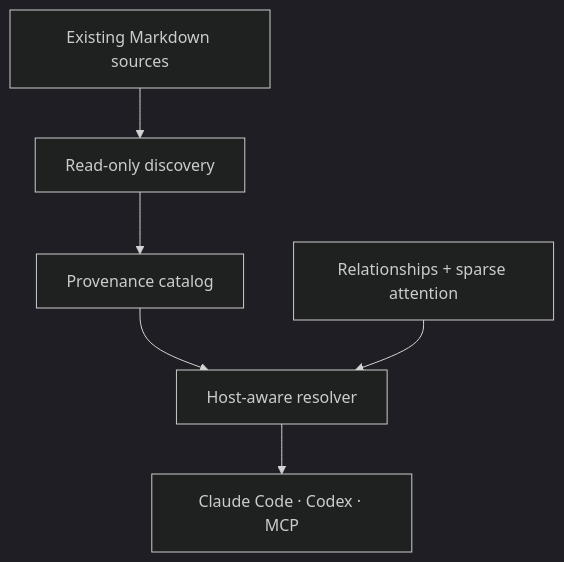
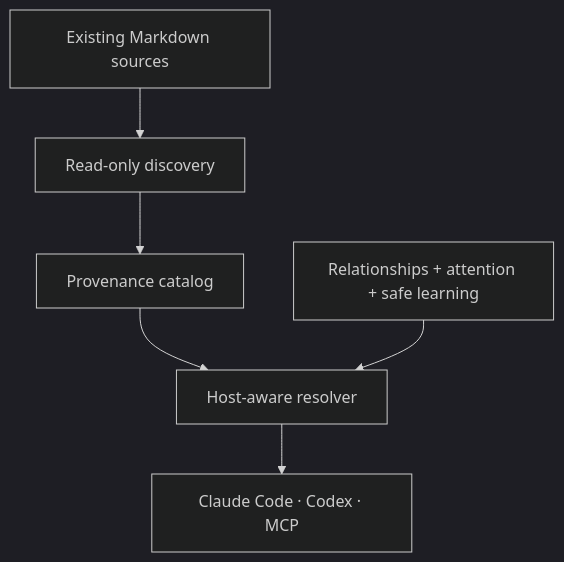
The first of 2 diagrams in README.md (Maykbiletti/AgentSpine), drawn with Mermaid (dark theme) before and after one commit. The commit also changed other lines of this file and 19 other files, not shown here.

Commit message:
feat: add evidence-gated safe learning

````diff
--- a/README.md
+++ b/README.md
@@ -30,8 +30,8 @@
 ```mermaid
 flowchart TB
     A["Existing Markdown sources"] --> B["Read-only discovery"]
     B --> C["Provenance catalog"]
     C --> D["Host-aware resolver"]
-    F["Relationships + sparse attention"] --> D
+    F["Relationships + attention + safe learning"] --> D
     D --> E["Claude Code · Codex · MCP"]
 ```
````
